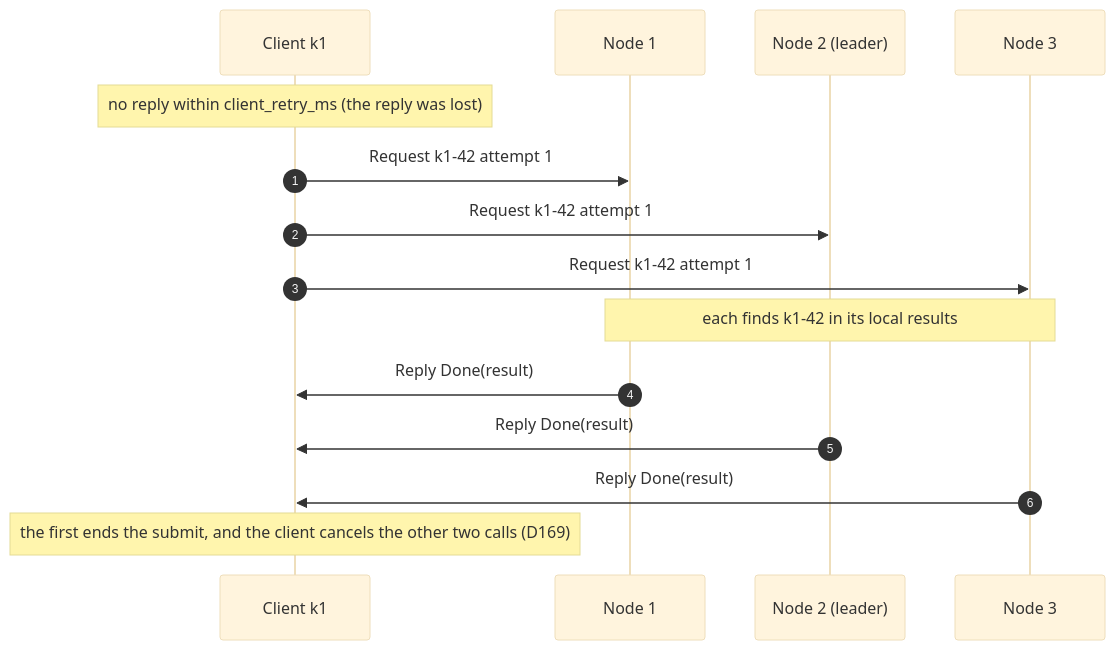
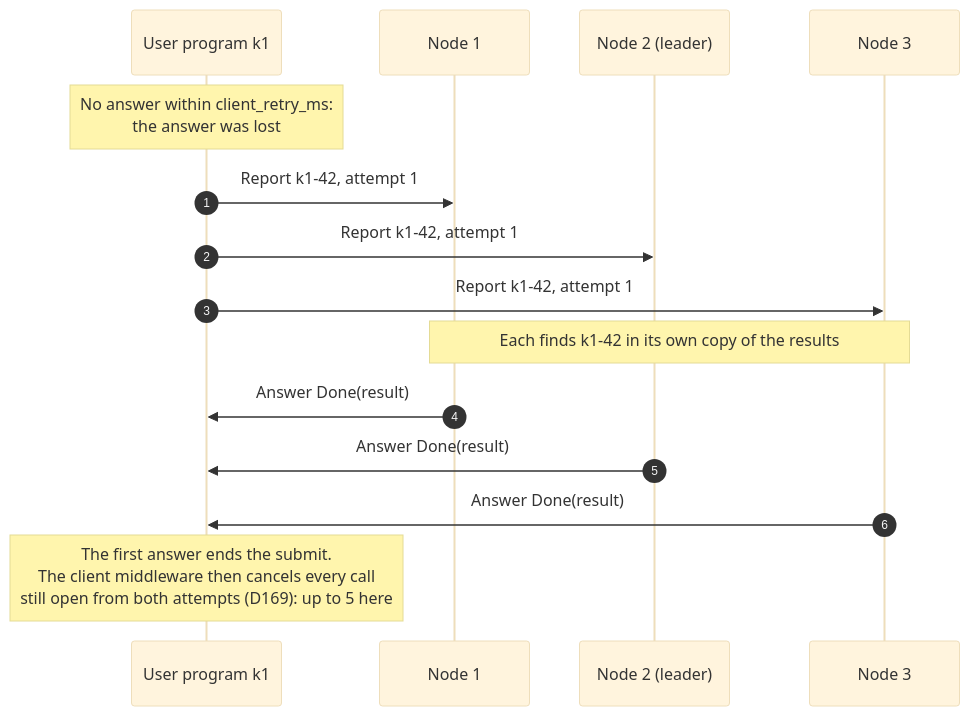
Before and after one commit to noortaytoy1/DistributedSystems: diagram 16 of 48 in docs/architecture.md, drawn with Mermaid (base theme). The commit also changed other lines of this file and 2 other files, not shown here.

First line of the commit message:
Apply the diagram review to the architecture docs (D231)

````diff
--- a/docs/architecture.md
+++ b/docs/architecture.md
@@ -773,17 +842,17 @@
 ```mermaid
 sequenceDiagram
     autonumber
-    participant K as Client k1
+    participant K as User program k1
     participant N1 as Node 1
     participant N2 as Node 2 (leader)
     participant N3 as Node 3
-    Note over K: no reply within client_retry_ms (the reply was lost)
-    K->>N1: Request k1-42 attempt 1
-    K->>N2: Request k1-42 attempt 1
-    K->>N3: Request k1-42 attempt 1
-    Note over N1,N3: each finds k1-42 in its local results
-    N1->>K: Reply Done(result)
-    N2->>K: Reply Done(result)
-    N3->>K: Reply Done(result)
-    Note over K: the first ends the submit, and the client cancels the other two calls (D169)
+    Note over K: No answer within client_retry_ms:<br/>the answer was lost
+    K->>N1: Report k1-42, attempt 1
+    K->>N2: Report k1-42, attempt 1
+    K->>N3: Report k1-42, attempt 1
+    Note over N1,N3: Each finds k1-42 in its own copy of the results
+    N1->>K: Answer Done(result)
+    N2->>K: Answer Done(result)
+    N3->>K: Answer Done(result)
+    Note over K: The first answer ends the submit.<br/>The client middleware then cancels every call<br/>still open from both attempts (D169): up to 5 here
 ```
````
